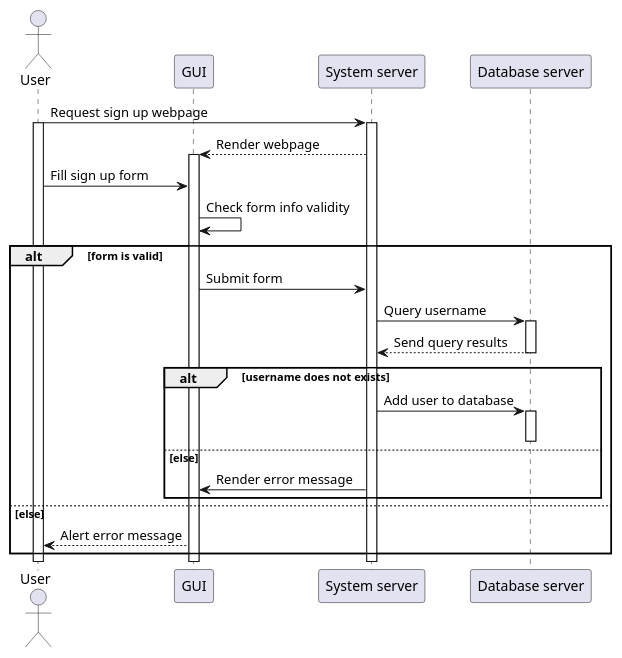
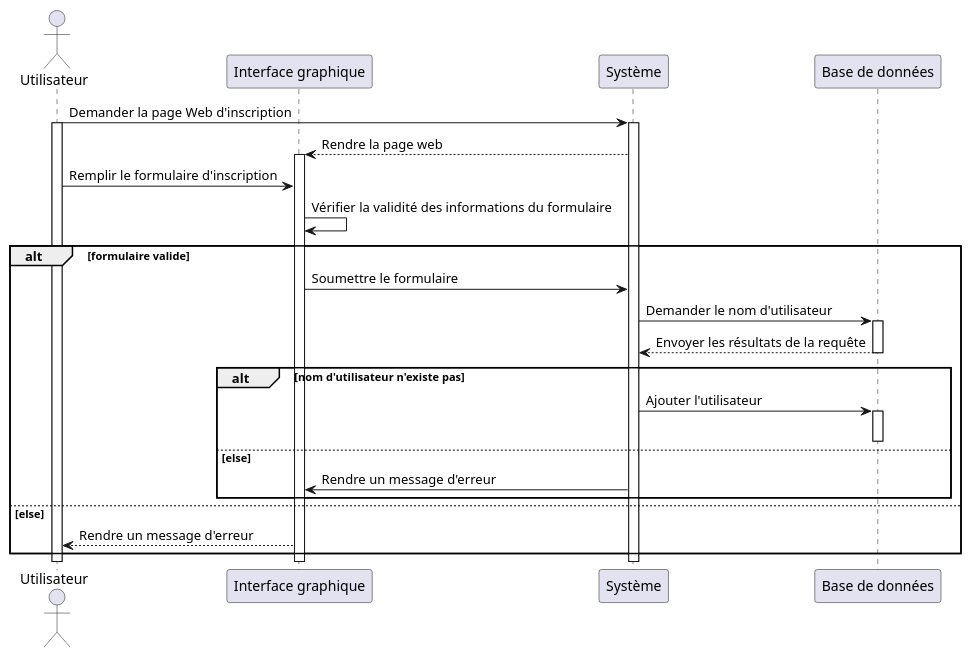
One commit to techguyseli/touristy changed the fifth of 6 diagrams in rapport/uml/plantuml/sequence.pu. Above: the diagram before and after it, drawn with PlantUML. The commit also changed other lines of this file and 10 other files, not shown here.

Commit message:
fixed all uml

```diff
--- a/rapport/uml/plantuml/sequence.pu
+++ b/rapport/uml/plantuml/sequence.pu
@@ -105,29 +109,29 @@
 @startuml register_user
-actor User as usr
-participant "GUI" as fr
-participant "System server" as sys
-participant "Database server" as db
-usr -> sys : Request sign up webpage
+actor Utilisateur as usr
+participant "Interface graphique" as fr
+participant "Système" as sys
+participant "Base de données" as db
+usr -> sys : Demander la page Web d'inscription
 activate usr
 activate sys
-sys --> fr : Render webpage
+sys --> fr : Rendre la page web
 activate fr
-usr -> fr : Fill sign up form
-fr -> fr : Check form info validity
-alt form is valid
-    fr -> sys : Submit form
-    sys -> db : Query username
+usr -> fr :Remplir le formulaire d'inscription
+fr -> fr : Vérifier la validité des informations du formulaire
+alt formulaire valide
+    fr -> sys : Soumettre le formulaire
+    sys -> db : Demander le nom d'utilisateur
     activate db
-    db --> sys : Send query results
+    db --> sys : Envoyer les résultats de la requête
     deactivate db
-    alt username does not exists
-        sys -> db : Add user to database
+    alt nom d'utilisateur n'existe pas
+        sys -> db : Ajouter l'utilisateur
         activate db
         deactivate db
     else else
-        sys -> fr : Render error message
+        sys -> fr : Rendre un message d'erreur
     end
 else else
-    fr --> usr : Alert error message
+    fr --> usr : Rendre un message d'erreur
 end
 @enduml
```
